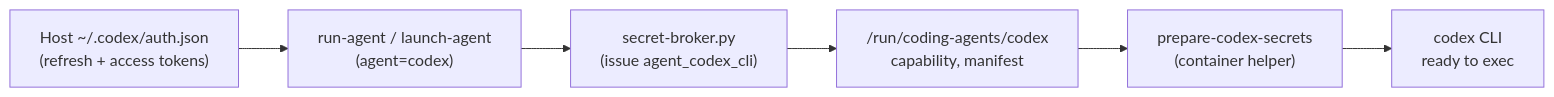
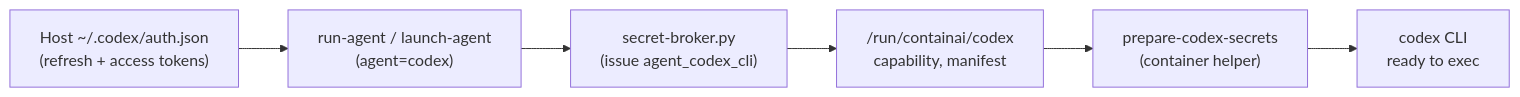
Before and after one commit to novotnyllc/ContainAI: the fifth of 7 diagrams in docs/secret-broker-architecture.md, drawn with Mermaid. The commit also changed other lines of this file and 109 other files, not shown here.

````diff
--- a/docs/secret-broker-architecture.md
+++ b/docs/secret-broker-architecture.md
@@ -235,11 +235,11 @@
 ```mermaid
 flowchart LR
     hostCodex["Host ~/.codex/auth.json\n(refresh + access tokens)"]
     launcherCodex["run-agent / launch-agent\n(agent=codex)"]
     brokerCodex["secret-broker.py\n(issue agent_codex_cli)"]
-    bundleCodex["/run/coding-agents/codex\ncapability, manifest"]
+    bundleCodex["/run/containai/codex\ncapability, manifest"]
     stubCodex["prepare-codex-secrets\n(container helper)"]
     codexCli["codex CLI\nready to exec"]
 
     hostCodex --> launcherCodex --> brokerCodex --> bundleCodex --> stubCodex --> codexCli
 ```
````
